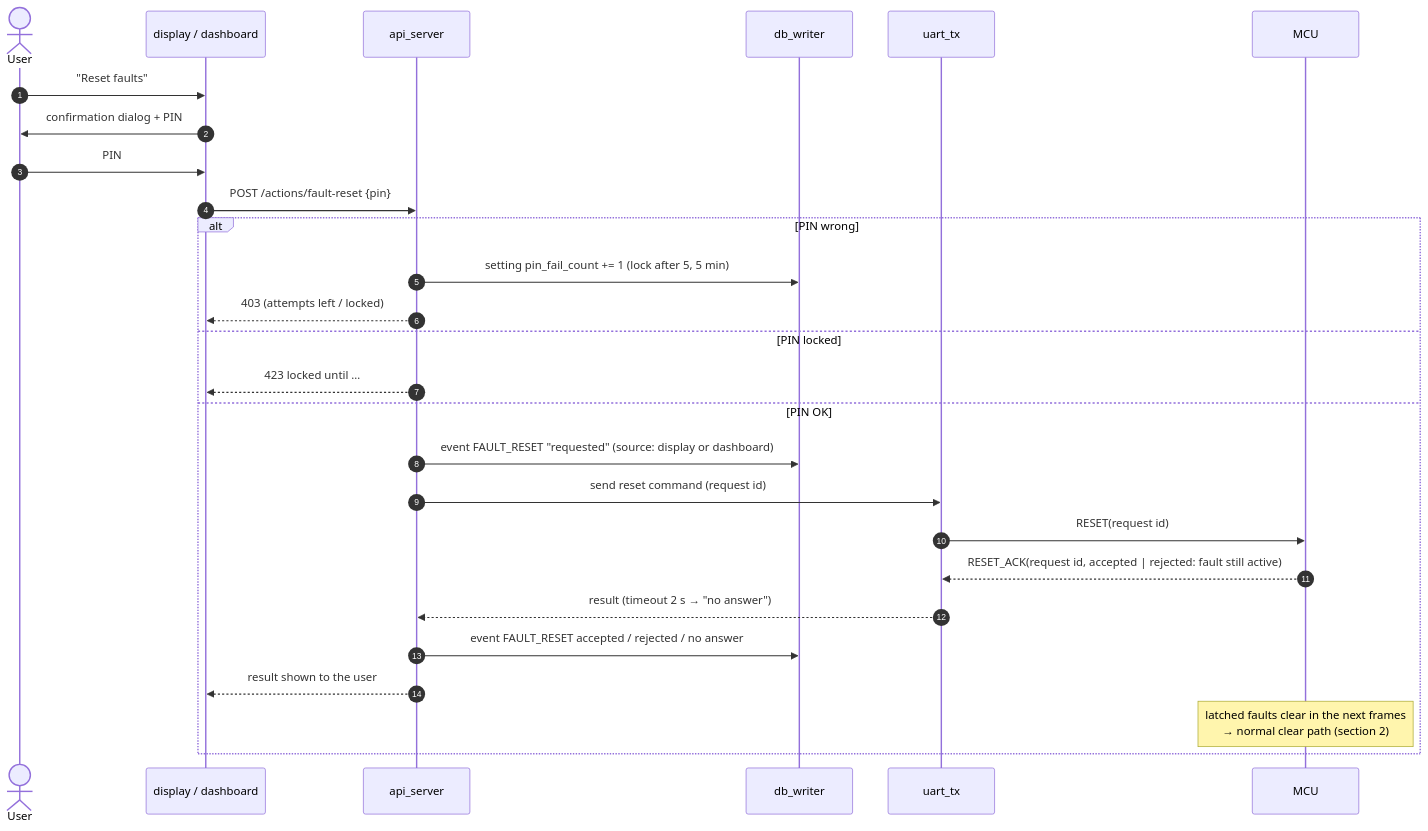
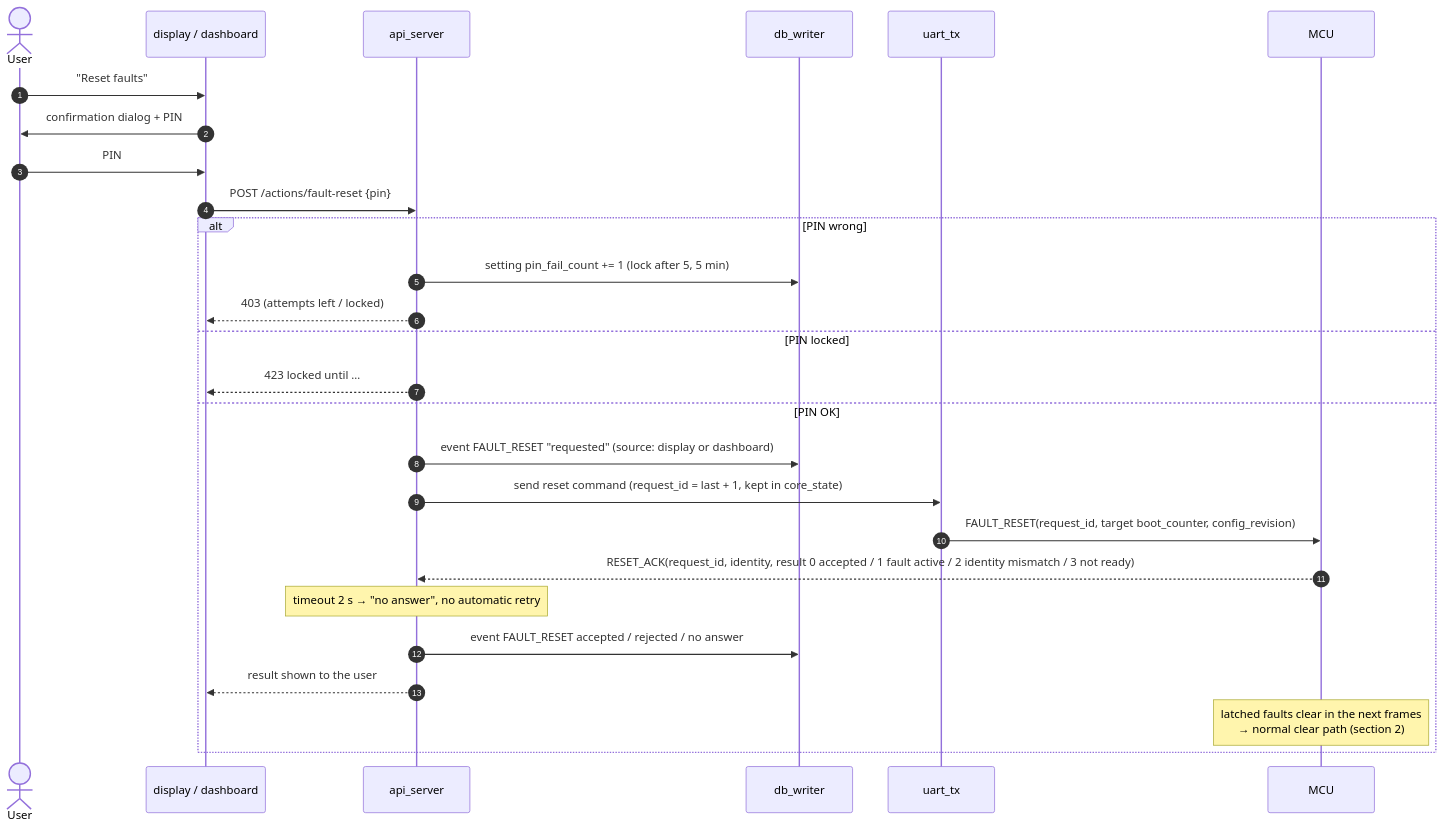
Before and after one commit to jjpreuser/Operation-Dont-blow-please: the third of 3 diagrams in docs/design/fault-handling.md, drawn with Mermaid. The commit also changed other lines of this file and 5 other files, not shown here.

````diff
--- a/docs/design/fault-handling.md
+++ b/docs/design/fault-handling.md
@@ -101,30 +102,31 @@
 ```mermaid
 sequenceDiagram
     autonumber
     actor U as User
     participant UI as display / dashboard
     participant API as api_server
     participant W as db_writer
     participant TX as uart_tx
     participant M as MCU
 
     U->>UI: "Reset faults"
     UI->>U: confirmation dialog + PIN
     U->>UI: PIN
     UI->>API: POST /actions/fault-reset {pin}
     alt PIN wrong
         API->>W: setting pin_fail_count += 1 (lock after 5, 5 min)
         API-->>UI: 403 (attempts left / locked)
     else PIN locked
         API-->>UI: 423 locked until …
     else PIN OK
         API->>W: event FAULT_RESET "requested" (source: display or dashboard)
-        API->>TX: send reset command (request id)
-        TX->>M: RESET(request id)
-        M-->>TX: RESET_ACK(request id, accepted | rejected: fault still active)
-        TX-->>API: result (timeout 2 s → "no answer")
+        API->>TX: send reset command (request_id = last + 1, kept in core_state)
+        TX->>M: FAULT_RESET(request_id, target boot_counter, config_revision)
+        M-->>API: RESET_ACK(request_id, identity, result 0 accepted / 1 fault active / 2 identity mismatch / 3 not ready)
+        Note over API: timeout 2 s → "no answer", no automatic retry
+
         API->>W: event FAULT_RESET accepted / rejected / no answer
         API-->>UI: result shown to the user
         Note over M: latched faults clear in the next frames<br/>→ normal clear path (section 2)
     end
 ```
````
